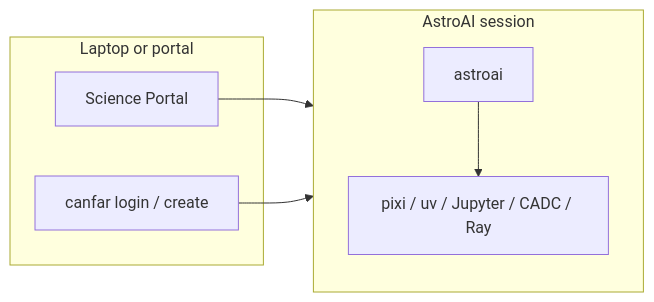
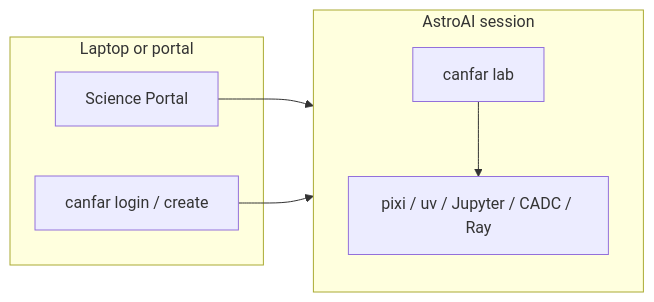
One commit to astroai/canfar-lab changed the diagram in README.md. Above: the diagram before and after it, drawn with Mermaid. The commit also changed other lines of this file and 91 other files, not shown here.

First line of the commit message:
Collapse the in-session CLI onto canfar lab.

````diff
--- a/README.md
+++ b/README.md
@@ -13,14 +14,14 @@
 ```mermaid
 flowchart LR
   subgraph laptop [Laptop or portal]
     Portal[Science Portal]
     CanfarCLI["canfar login / create"]
   end
   subgraph session [AstroAI session]
-    Lab["astroai"]
+    Lab["canfar lab"]
     Tools["pixi / uv / Jupyter / CADC / Ray"]
   end
   Portal --> session
   CanfarCLI --> session
   Lab --> Tools
 ```
````
